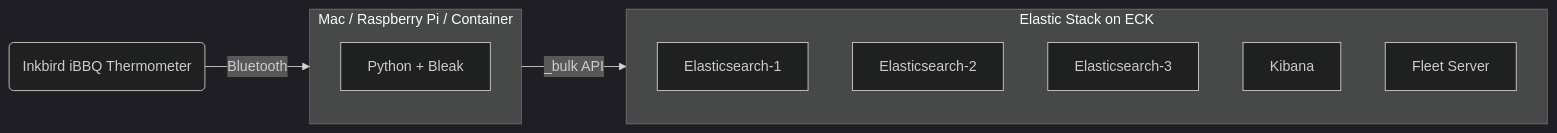
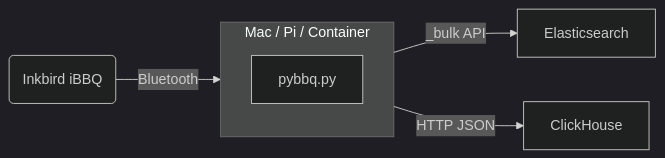
One commit to jdel12/eckbbqpi changed the diagram in README.md. Above: the diagram before and after it, drawn with Mermaid (dark theme). The commit also changed other lines of this file and 4 other files, not shown here.

````diff
--- a/README.md
+++ b/README.md
@@ -7,18 +5,11 @@
 ```mermaid
 flowchart LR
-  Inkbird("Inkbird iBBQ Thermometer") --> |Bluetooth|Host
+  Inkbird("Inkbird iBBQ") --> |Bluetooth|Host
 
-  subgraph Host[Mac / Raspberry Pi / Container]
-    Python[Python + Bleak]
+  subgraph Host[Mac / Pi / Container]
+    Python[pybbq.py]
   end
-  
-Host --> |"_bulk API"|ElasticStack
 
-  subgraph ElasticStack[Elastic Stack on ECK]
-    ES1[Elasticsearch-1]
-    ES2[Elasticsearch-2]
-    ES3[Elasticsearch-3]
-    Kibana[Kibana]
-    Fleet[Fleet Server]
-  end
+  Host --> |"_bulk API"|ES[Elasticsearch]
+  Host --> |"HTTP JSON"|CH[ClickHouse]
 ```
````
